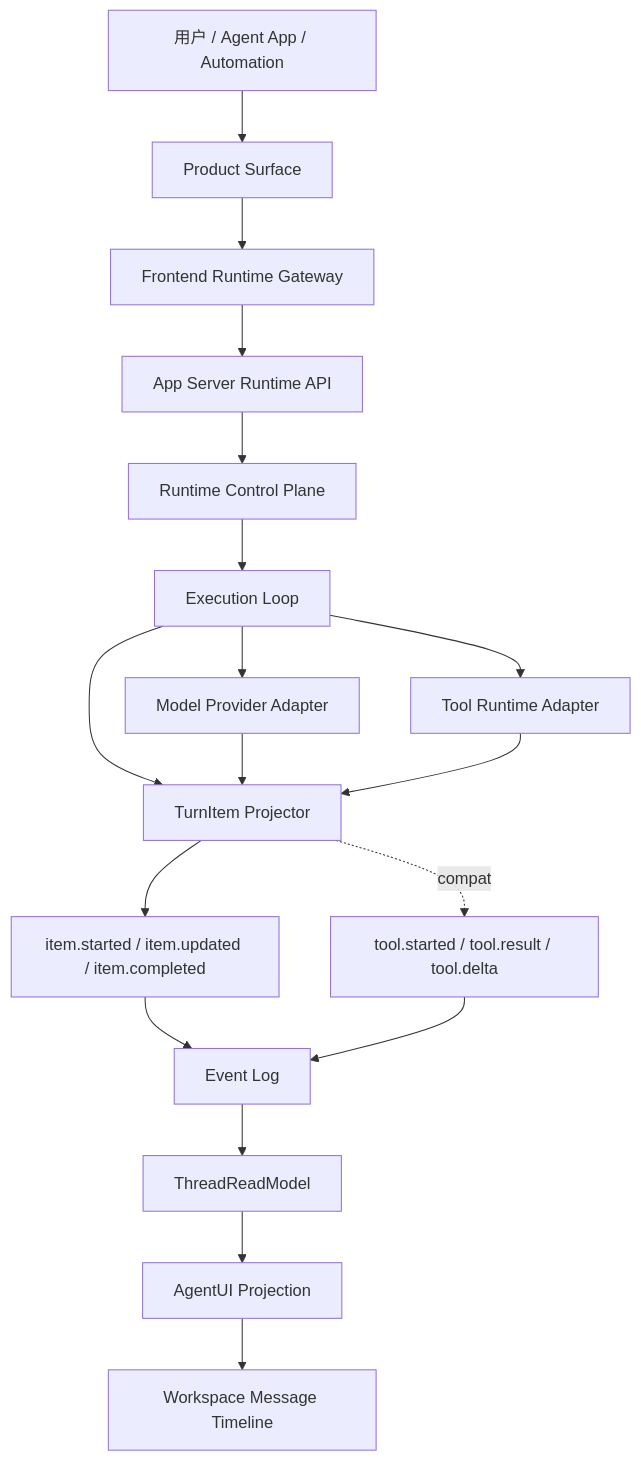
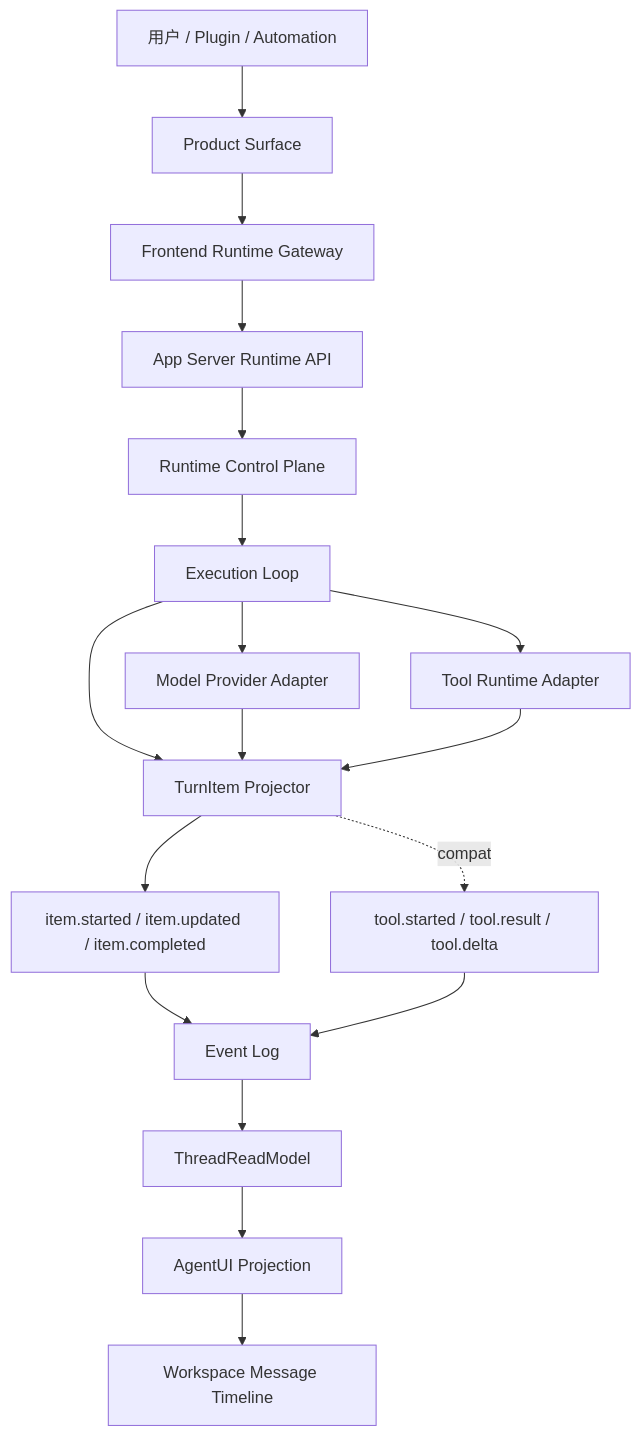
The first of 9 diagrams in internal/roadmap/turn/diagrams.md (jiujuan/lime), drawn with Mermaid before and after one commit. The commit also changed 527 other files, not shown here.

````diff
--- a/internal/roadmap/turn/diagrams.md
+++ b/internal/roadmap/turn/diagrams.md
@@ -9,23 +9,23 @@
 ```mermaid
 flowchart TB
-    User[用户 / Agent App / Automation] --> Surface[Product Surface]
+    User[用户 / Plugin / Automation] --> Surface[Product Surface]
     Surface --> Gateway[Frontend Runtime Gateway]
     Gateway --> AppServer[App Server Runtime API]
 
     AppServer --> Control[Runtime Control Plane]
     Control --> Loop[Execution Loop]
     Loop --> Provider[Model Provider Adapter]
     Loop --> Tool[Tool Runtime Adapter]
     Loop --> Projector[TurnItem Projector]
 
     Provider --> Projector
     Tool --> Projector
     Projector --> ItemEvents[item.started / item.updated / item.completed]
     Projector -.compat.-> LegacyTool[tool.started / tool.result / tool.delta]
 
     ItemEvents --> EventLog[Event Log]
     LegacyTool --> EventLog
     EventLog --> ReadModel[ThreadReadModel]
     ReadModel --> AgentUI[AgentUI Projection]
     AgentUI --> Timeline[Workspace Message Timeline]
 ```
````
